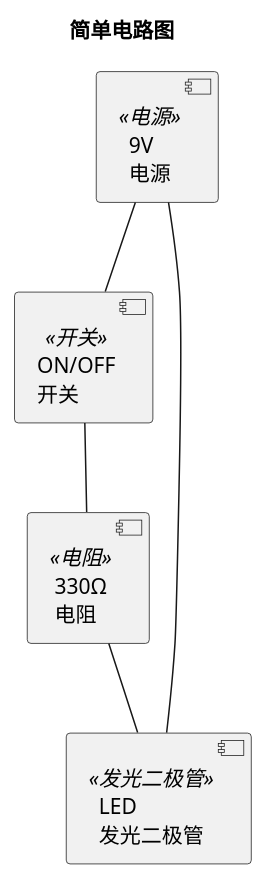
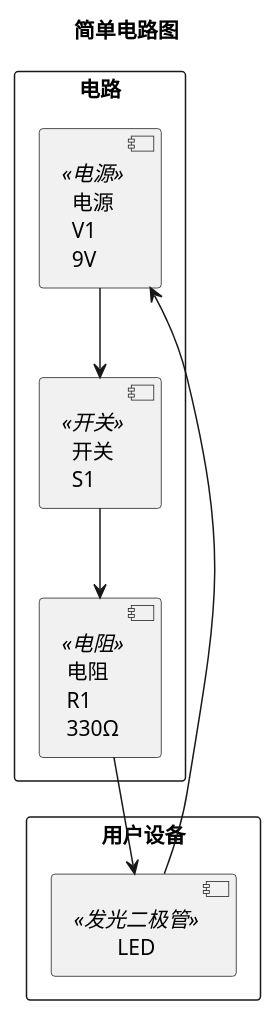
Diagram 27 of 29 in docs/examples/plantuml-examples.md (agelaia521/md-preview), drawn with PlantUML before and after one commit. The commit also changed other lines of this file, not shown here.

First line of the commit message:
fix: 修复多个 PlantUML 图表渲染问题

````diff
--- a/docs/examples/plantuml-examples.md
+++ b/docs/examples/plantuml-examples.md
@@ -2212,28 +2172,20 @@
 ```plantuml
 @startuml
-skinparam circuitStyle rect
 title 简单电路图
 
-component V1 <<电源>> [
-    9V
-    电源
-]
-component R1 <<电阻>> [
-    330Ω
-    电阻
-]
-component LED1 <<发光二极管>> [
-    LED
-    发光二极管
-]
-component S1 <<开关>> [
-    ON/OFF
-    开关
-]
+rectangle "用户设备" {
+    [LED] as led <<发光二极管>>
+}
 
-V1 -down- S1
-S1 -down- R1
-R1 -down- LED1
-LED1 -down- V1
+rectangle "电路" {
+    [电源\nV1\n9V] as v1 <<电源>>
+    [电阻\nR1\n330Ω] as r1 <<电阻>>
+    [开关\nS1] as s1 <<开关>>
+}
+
+v1 --> s1
+s1 --> r1
+r1 --> led
+led --> v1
 @enduml
 ```
````
